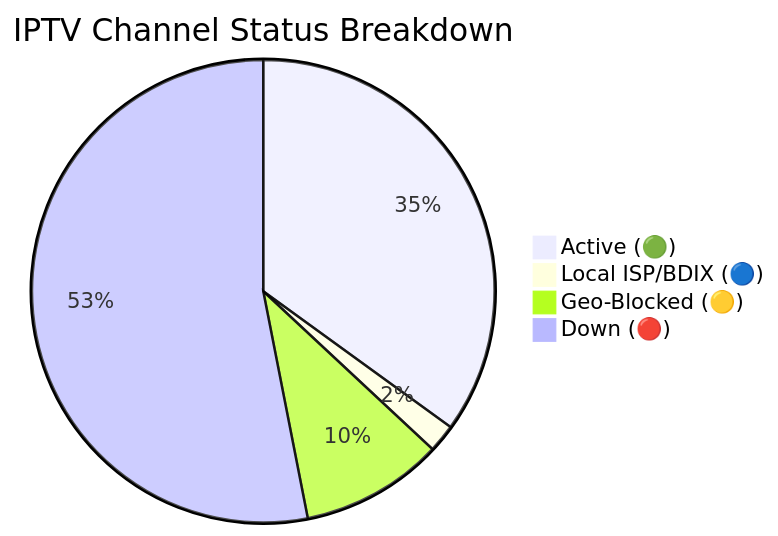
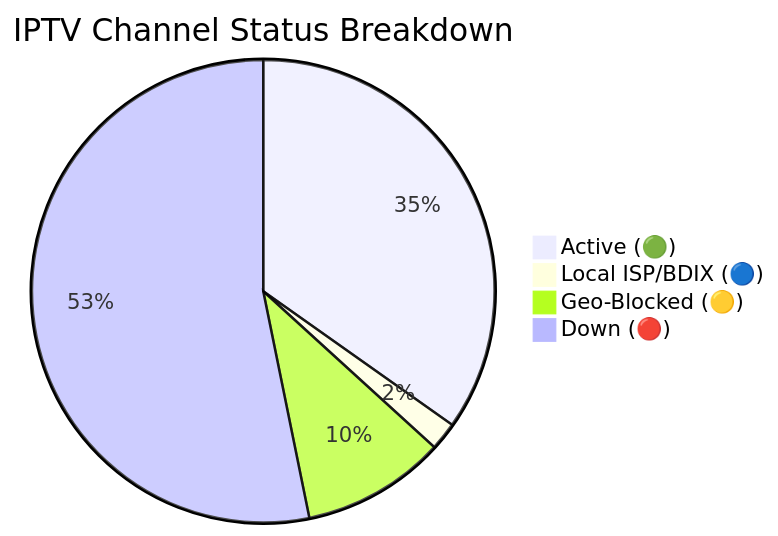
Before and after one commit to andreataylord/Ip-tv-Collection: the diagram in README.md, drawn with Mermaid. The commit also changed other lines of this file and 1 other file, not shown here.

Commit message:
docs(readme): auto-update daily channel status chart

````diff
--- a/README.md
+++ b/README.md
@@ -59,7 +59,7 @@
 ```mermaid
 pie title IPTV Channel Status Breakdown
-    "Active (🟢)" : 2278
+    "Active (🟢)" : 2266
     "Local ISP/BDIX (🔵)" : 128
-    "Geo-Blocked (🟡)" : 649
-    "Down (🔴)" : 3457
+    "Geo-Blocked (🟡)" : 654
+    "Down (🔴)" : 3464
 ```
````
